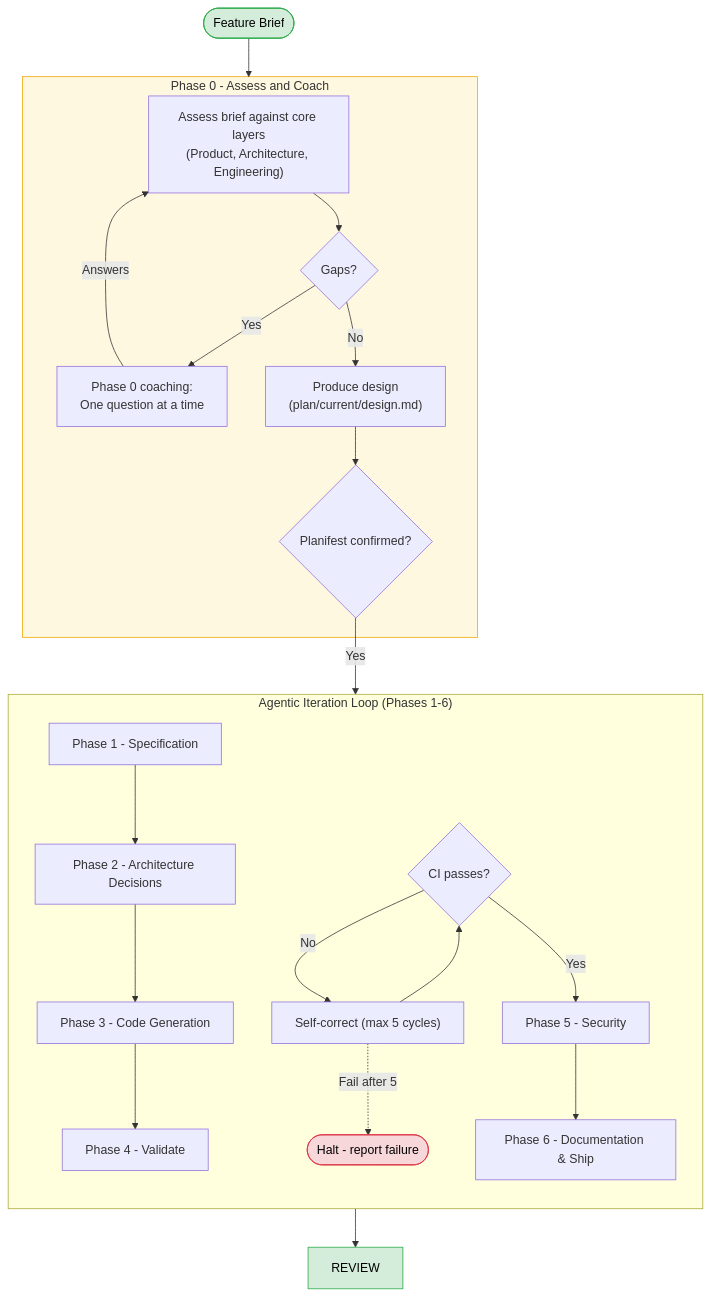
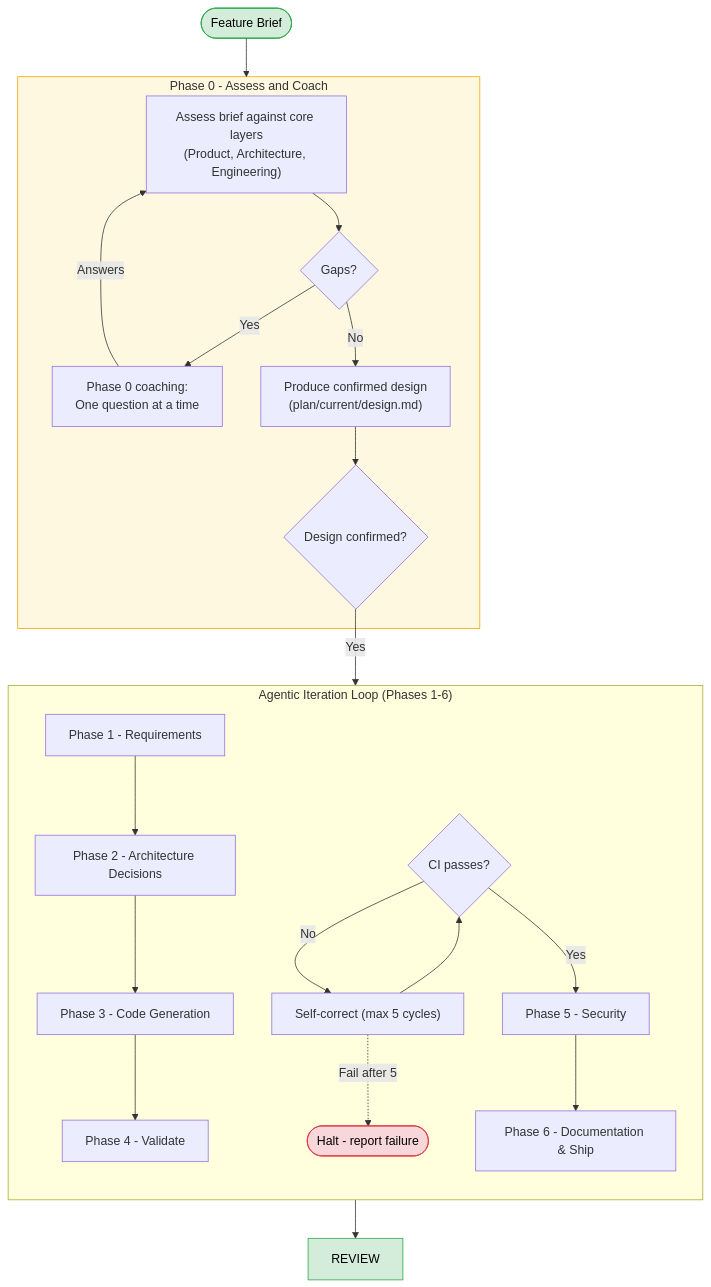
The first of 2 diagrams in planifest-docs/p015-planifest-pipeline.md (planifest/planifest-website), drawn with Mermaid before and after one commit. The commit also changed other lines of this file and 8 other files, not shown here.

````diff
--- a/planifest-docs/p015-planifest-pipeline.md
+++ b/planifest-docs/p015-planifest-pipeline.md
@@ -44,47 +44,47 @@
 ```mermaid
 flowchart TD
     BRIEF([Feature Brief]) --> PHASE0
 
     subgraph PHASE0["Phase 0 - Assess and Coach"]
         ASSESS["Assess brief against core layers\n(Product, Architecture, Engineering)"]
         GAPS{"Gaps?"}
         COACH["Phase 0 coaching:\nOne question at a time"]
-        DESIGN["Produce design\n(plan/current/design.md)"]
-        CONFIRM{"Planifest confirmed?"}
+        DESIGN["Produce confirmed design\n(plan/current/design.md)"]
+        CONFIRM{"Design confirmed?"}
         
         ASSESS --> GAPS
         GAPS -->|Yes| COACH
         COACH -->|Answers| ASSESS
         GAPS -->|No| DESIGN
         DESIGN --> CONFIRM
     end
 
     CONFIRM -->|Yes| LOOP
-    
+
     subgraph LOOP["Agentic Iteration Loop (Phases 1-6)"]
         direction TB
-        PHASE1[Phase 1 - Specification]
+        PHASE1[Phase 1 - Requirements]
         PHASE2[Phase 2 - Architecture Decisions]
         PHASE3[Phase 3 - Code Generation]
         PHASE4[Phase 4 - Validate]
         PHASE5[Phase 5 - Security]
         PHASE6[Phase 6 - Documentation & Ship]
         
         PHASE1 --> PHASE2 --> PHASE3 --> PHASE4
         CHECK{"CI passes?"}
         FIX["Self-correct (max 5 cycles)"]
         HALT(["Halt - report failure"])
         
         CHECK -->|Yes| PHASE5
         CHECK -->|No| FIX --> CHECK
         FIX -.->|Fail after 5| HALT
         PHASE5 --> PHASE6
     end
 
     PHASE6 --> REVIEW
 
     style BRIEF fill:#d4edda,stroke:#28a745,color:#000
     style REVIEW fill:#d4edda,stroke:#28a745,color:#000
     style HALT fill:#f8d7da,stroke:#dc3545,color:#000
     style PHASE0 fill:#fff8e1,stroke:#f0a500
 ```
````
